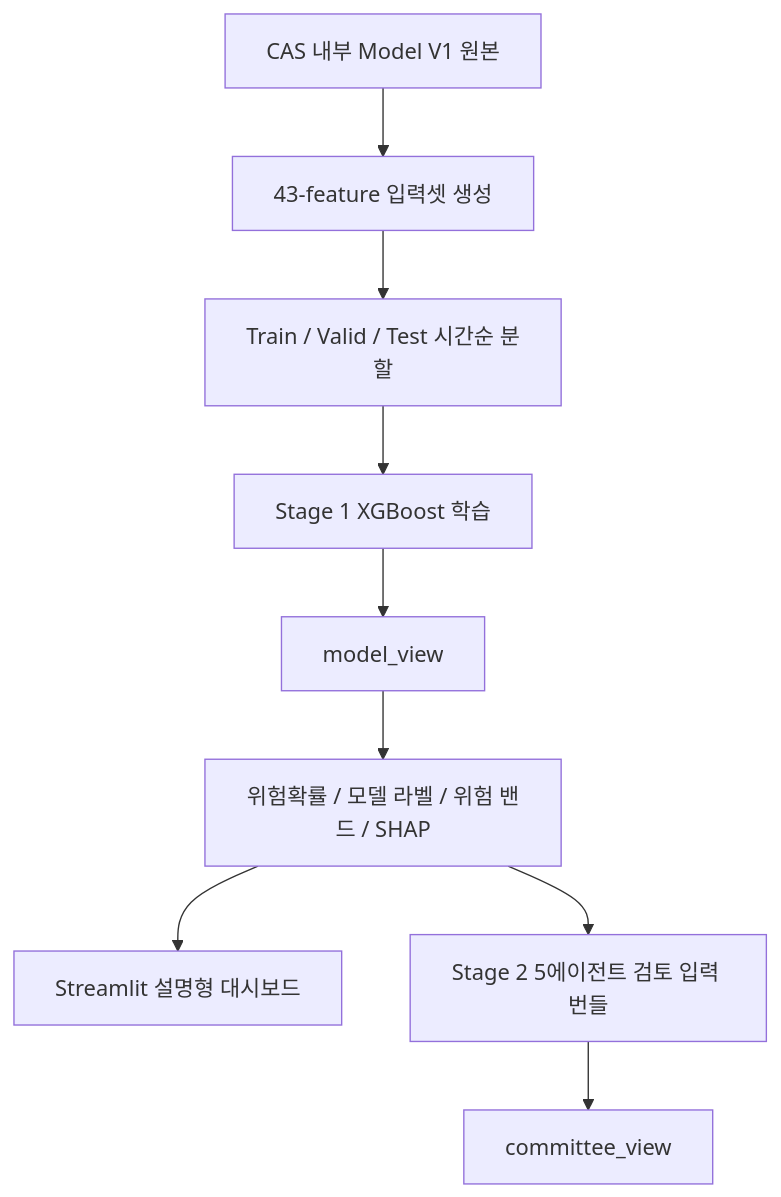
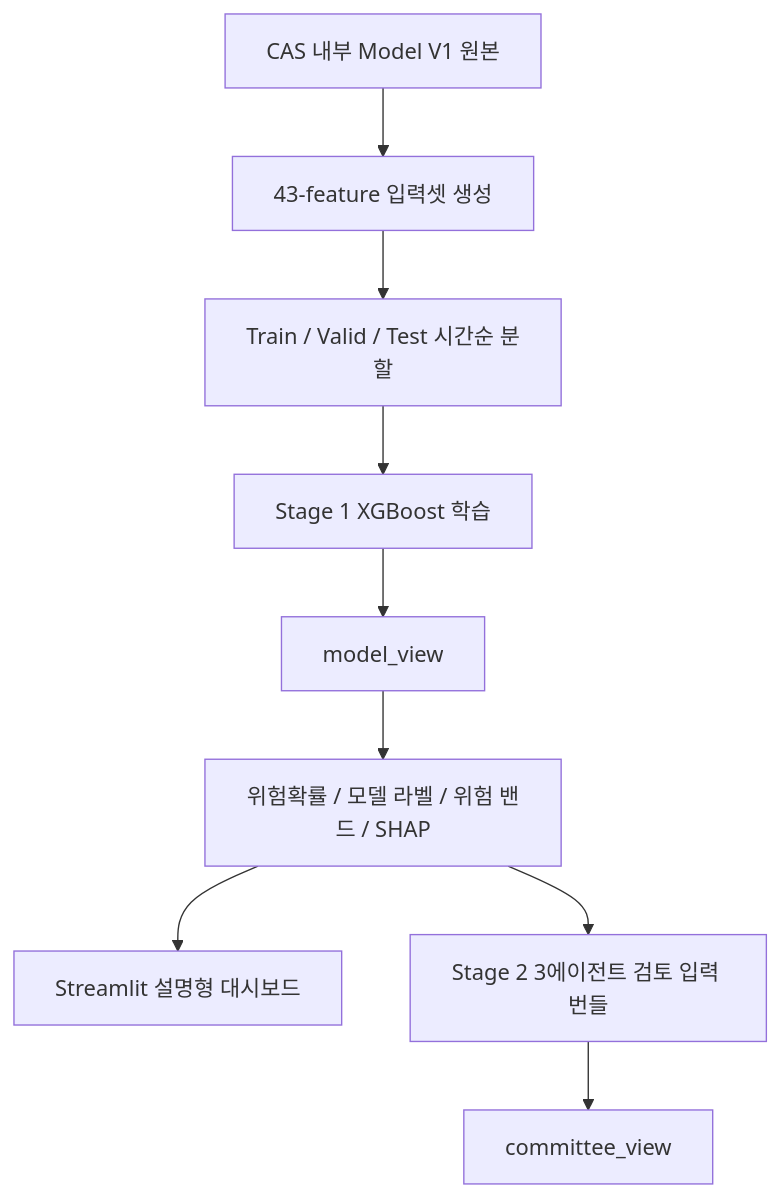
Before and after one commit to LADTO-develop/Corporate-Analysis-System: the diagram in README.md, drawn with Mermaid. The commit also changed other lines of this file and 44 other files, not shown here.

````diff
--- a/README.md
+++ b/README.md
@@ -91,11 +91,11 @@
 ```mermaid
 flowchart TD
     A["CAS 내부 Model V1 원본"] --> B["43-feature 입력셋 생성"]
     B --> C["Train / Valid / Test 시간순 분할"]
     C --> D["Stage 1 XGBoost 학습"]
     D --> E["model_view"]
     E --> F["위험확률 / 모델 라벨 / 위험 밴드 / SHAP"]
     F --> G["Streamlit 설명형 대시보드"]
-    F --> H["Stage 2 5에이전트 검토 입력 번들"]
+    F --> H["Stage 2 3에이전트 검토 입력 번들"]
     H --> I["committee_view"]
 ```
````
